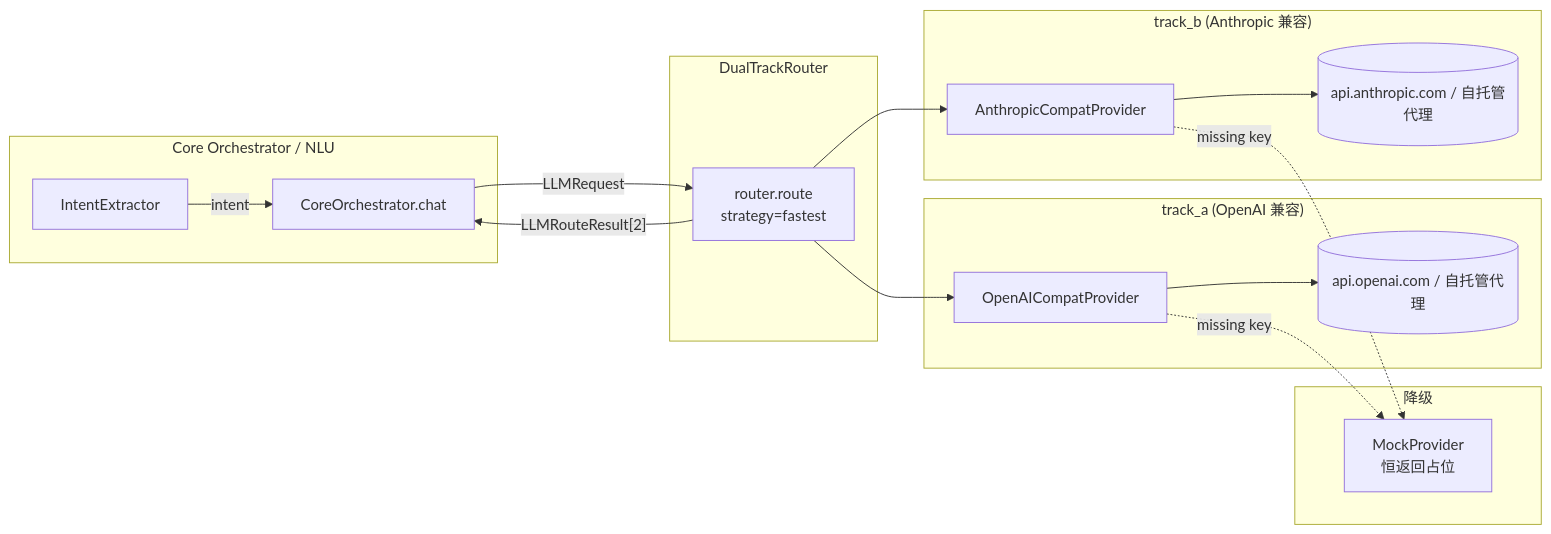
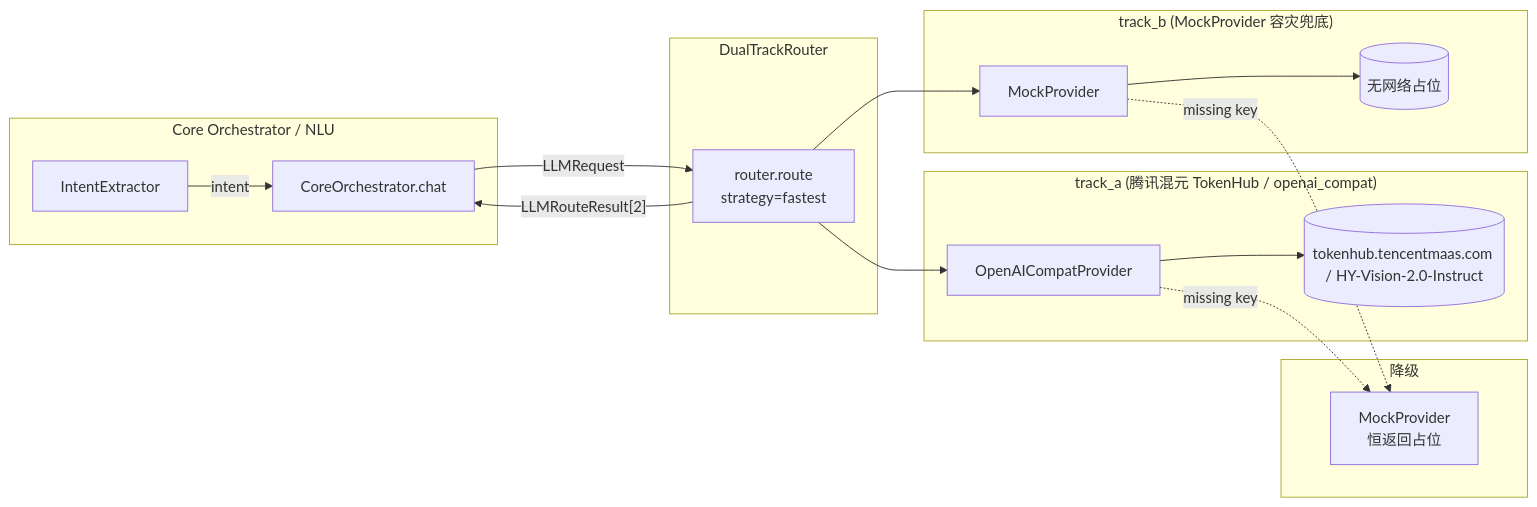
Before and after one commit to chujiang886/sitelog-ai: the diagram in docs/LLM.md, drawn with Mermaid. The commit also changed other lines of this file and 41 other files, not shown here.

````diff
--- a/docs/LLM.md
+++ b/docs/LLM.md
@@ -10,33 +14,33 @@
 ```mermaid
 flowchart LR
     subgraph Caller["Core Orchestrator / NLU"]
         EXT[IntentExtractor]
         ORC[CoreOrchestrator.chat]
     end
 
     subgraph Router["DualTrackRouter"]
         R[router.route<br/>strategy=fastest]
     end
 
-    subgraph TrackA["track_a (OpenAI 兼容)"]
+    subgraph TrackA["track_a (腾讯混元 TokenHub / openai_compat)"]
         A1[OpenAICompatProvider]
-        A2[(api.openai.com / 自托管代理)]
+        A2[(tokenhub.tencentmaas.com / HY-Vision-2.0-Instruct)]
     end
 
-    subgraph TrackB["track_b (Anthropic 兼容)"]
-        B1[AnthropicCompatProvider]
-        B2[(api.anthropic.com / 自托管代理)]
+    subgraph TrackB["track_b (MockProvider 容灾兜底)"]
+        B1[MockProvider]
+        B2[(无网络占位)]
     end
 
     subgraph Fallback["降级"]
         M[MockProvider<br/>恒返回占位]
     end
 
     EXT -- "intent" --> ORC
     ORC -- "LLMRequest" --> R
     R --> A1 --> A2
     R --> B1 --> B2
     A1 -. "missing key" .-> M
     B1 -. "missing key" .-> M
     R -- "LLMRouteResult[2]" --> ORC
 ```
````
